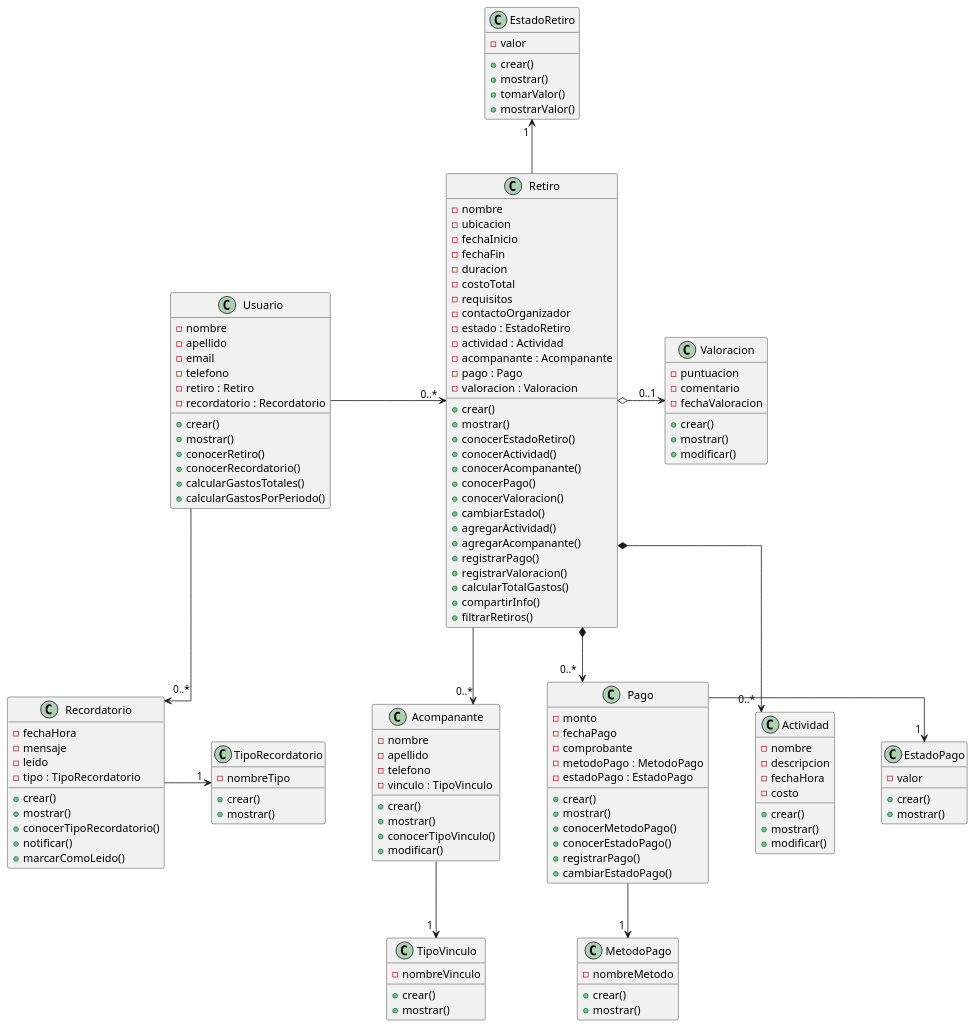
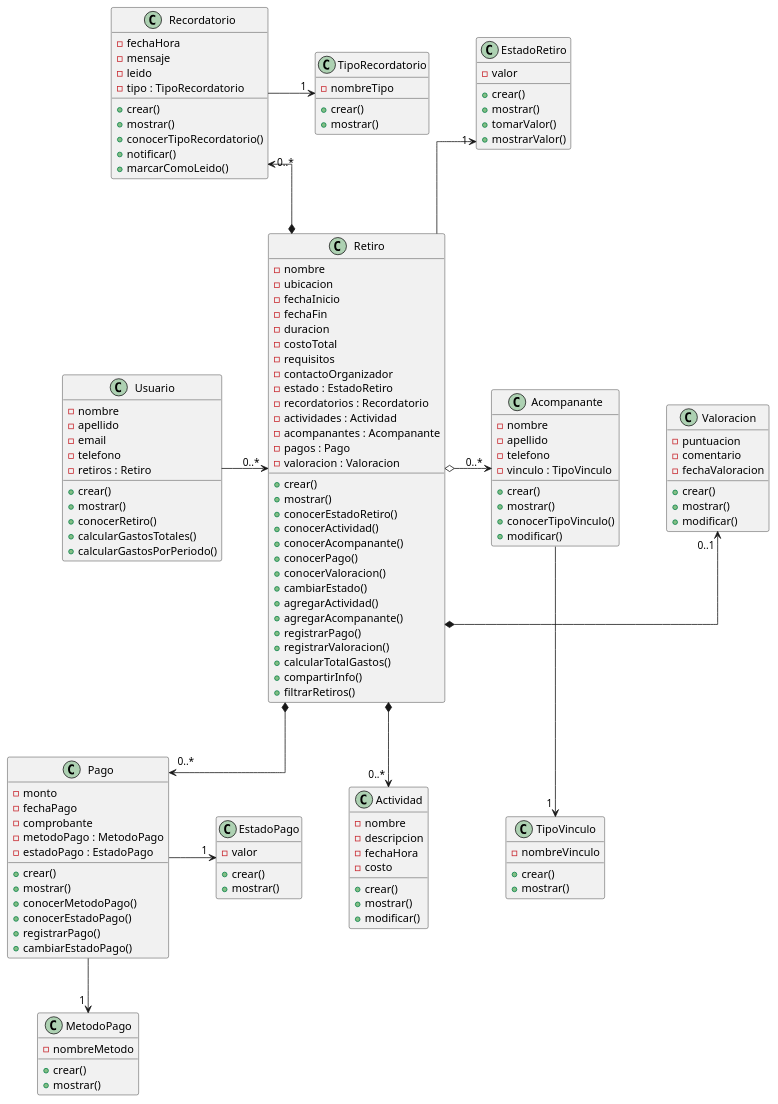
The diagram in retiro.puml (Luca-Tittarelli/tpi-asi), drawn with PlantUML before and after one commit.

Commit message:
Correcciones de la Segunda Entrega

```diff
--- a/retiro.puml
+++ b/retiro.puml
@@ -1,162 +1,161 @@
 @startuml Retiros
 
 skinparam linetype ortho
 skinparam nodesep 60
 skinparam ranksep 70
 
 class Usuario {
   - nombre
   - apellido
   - email
   - telefono
-  - retiro : Retiro
-  - recordatorio : Recordatorio
+  - retiros : Retiro
   + crear()
   + mostrar()
   + conocerRetiro()
-  + conocerRecordatorio()
   + calcularGastosTotales()
   + calcularGastosPorPeriodo()
 }
 
 class Retiro {
   - nombre
   - ubicacion
   - fechaInicio
   - fechaFin
   - duracion
   - costoTotal
   - requisitos
   - contactoOrganizador
   - estado : EstadoRetiro
-  - actividad : Actividad
-  - acompanante : Acompanante
-  - pago : Pago
+  - recordatorios : Recordatorio
+  - actividades : Actividad
+  - acompanantes : Acompanante
+  - pagos : Pago
   - valoracion : Valoracion
   + crear()
   + mostrar()
   + conocerEstadoRetiro()
   + conocerActividad()
   + conocerAcompanante()
   + conocerPago()
   + conocerValoracion()
   + cambiarEstado()
   + agregarActividad()
   + agregarAcompanante()
   + registrarPago()
   + registrarValoracion()
   + calcularTotalGastos()
   + compartirInfo()
   + filtrarRetiros()
 }
 
 class EstadoRetiro {
   - valor
   + crear()
   + mostrar()
   + tomarValor()
   + mostrarValor()
 }
 
 class Actividad {
   - nombre
   - descripcion
   - fechaHora
   - costo
   + crear()
   + mostrar()
   + modificar()
 }
 
 class Acompanante {
   - nombre
   - apellido
   - telefono
   - vinculo : TipoVinculo
   + crear()
   + mostrar()
   + conocerTipoVinculo()
   + modificar()
 }
 
 class TipoVinculo {
   - nombreVinculo
   + crear()
   + mostrar()
 }
 
 class Pago {
   - monto
   - fechaPago
   - comprobante
   - metodoPago : MetodoPago
   - estadoPago : EstadoPago
   + crear()
   + mostrar()
   + conocerMetodoPago()
   + conocerEstadoPago()
   + registrarPago()
   + cambiarEstadoPago()
 }
 
 class MetodoPago {
   - nombreMetodo
   + crear()
   + mostrar()
 }
 
 class EstadoPago {
   - valor
   + crear()
   + mostrar()
 }
 
 class Valoracion {
   - puntuacion
   - comentario
   - fechaValoracion
   + crear()
   + mostrar()
   + modificar()
 }
 
 class Recordatorio {
   - fechaHora
   - mensaje
   - leido
   - tipo : TipoRecordatorio
   + crear()
   + mostrar()
   + conocerTipoRecordatorio()
   + notificar()
   + marcarComoLeido()
 }
 
 class TipoRecordatorio {
   - nombreTipo
   + crear()
   + mostrar()
 }
 
-' Relaciones desde Usuario
+' Relacion desde Usuario
 Usuario -right-> " 0..* " Retiro
-Usuario -down-> " 0..* " Recordatorio
+
+' Relaciones desde Retiro
+Retiro -up-> " 1 " EstadoRetiro
+Retiro *-up-> " 0..* " Recordatorio
+Retiro *-right-> " 0..1 " Valoracion
+Retiro o-right-> " 0..* " Acompanante
+Retiro *-down-> " 0..* " Actividad
+Retiro *-down-> " 0..* " Pago
 
 ' Relacion de Recordatorio
 Recordatorio -right-> " 1 " TipoRecordatorio
 
-
-Retiro -up-> " 1 " EstadoRetiro
-Retiro o-right-> " 0..1 " Valoracion
-Retiro --> " 0..* " Acompanante
+' Relacion de Acompanante
 Acompanante -down-> " 1 " TipoVinculo
-
-
-Retiro *-down-> " 0..* " Actividad
-Retiro *-down-> " 0..* " Pago
 
 ' Relaciones de Pago
 Pago -down-> " 1 " MetodoPago
 Pago -right-> " 1 " EstadoPago
 
 @enduml
```
